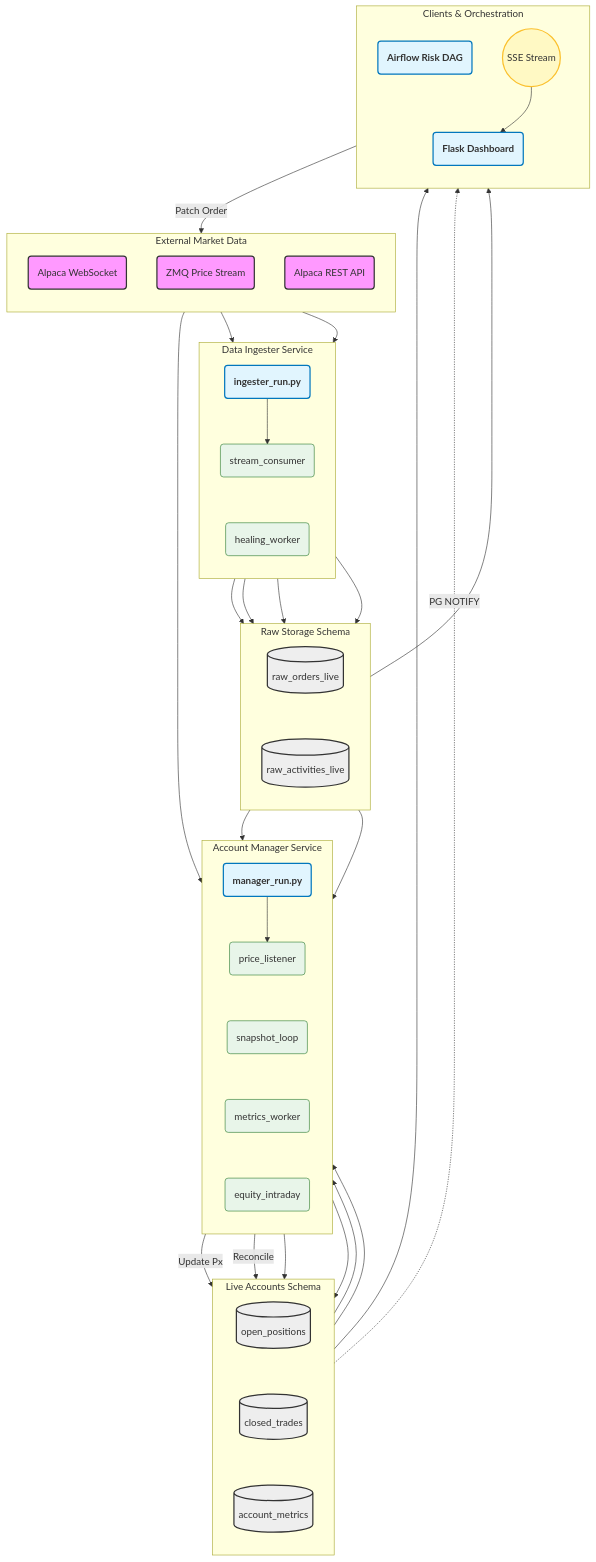
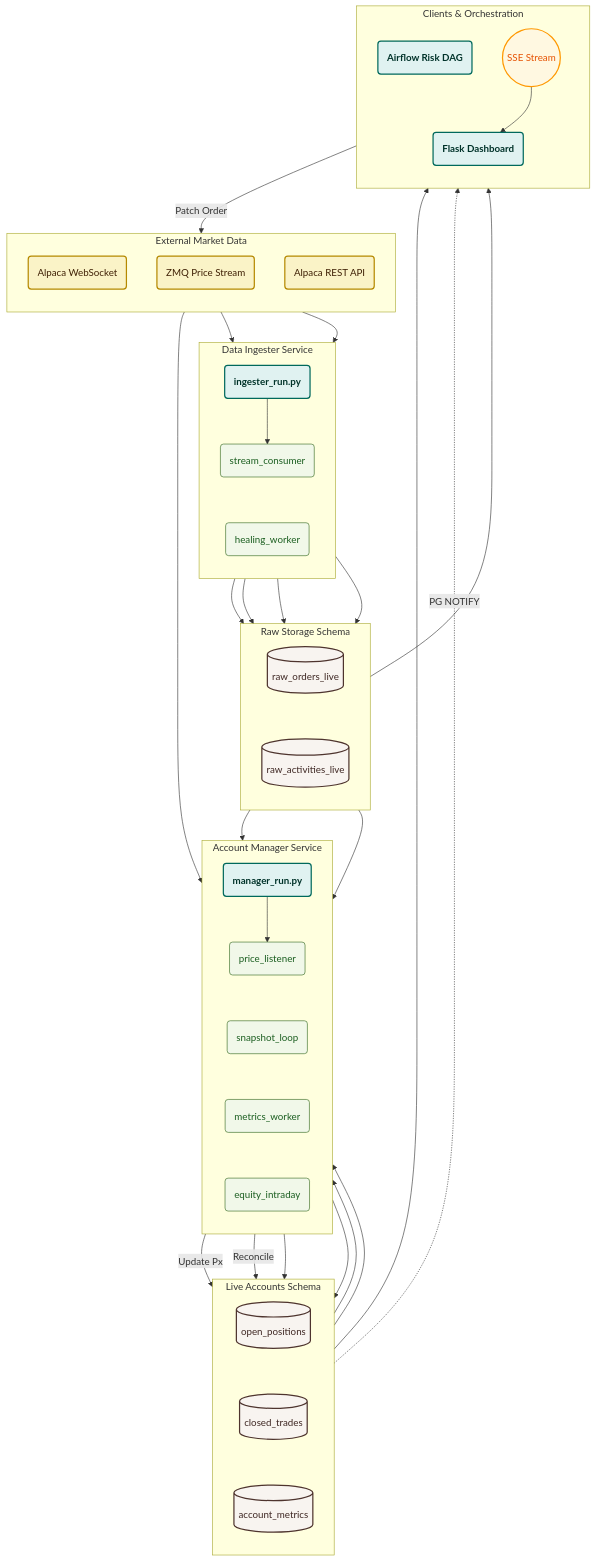
One commit to EvMossan/cold-harbor-manager changed the diagram in README.md. Above: the diagram before and after it, drawn with Mermaid.

Commit message:
modified:   README.md

````diff
--- a/README.md
+++ b/README.md
@@ -73,11 +73,11 @@
 ```mermaid
 graph TD
     %% Global Styles
-    classDef external fill:#f9f,stroke:#333,stroke-width:2px;
-    classDef service fill:#e1f5fe,stroke:#0277bd,stroke-width:2px;
-    classDef worker fill:#e8f5e9,stroke:#2e7d32,stroke-width:1px;
-    classDef db fill:#eee,stroke:#333,stroke-width:2px,shape:cylinder;
-    classDef bus fill:#fff9c4,stroke:#fbc02d,stroke-width:2px,shape:rect;
+    classDef external fill:#faf3c7,stroke:#b58900,stroke-width:2px,color:#3e1f04;
+    classDef service fill:#e0f2f1,stroke:#00695c,stroke-width:2px,color:#00332a;
+    classDef worker fill:#f1f8e9,stroke:#33691e,stroke-width:1px,color:#1b5e20;
+    classDef db fill:#f8f4f0,stroke:#4e342e,stroke-width:2px,shape:cylinder,color:#3e2723;
+    classDef bus fill:#fff8e1,stroke:#ff9800,stroke-width:2px,shape:rect,color:#e65100;
 
     %% ---------------------------------------------------------
     %% 1. EXTERNAL SOURCES (Top)
````
